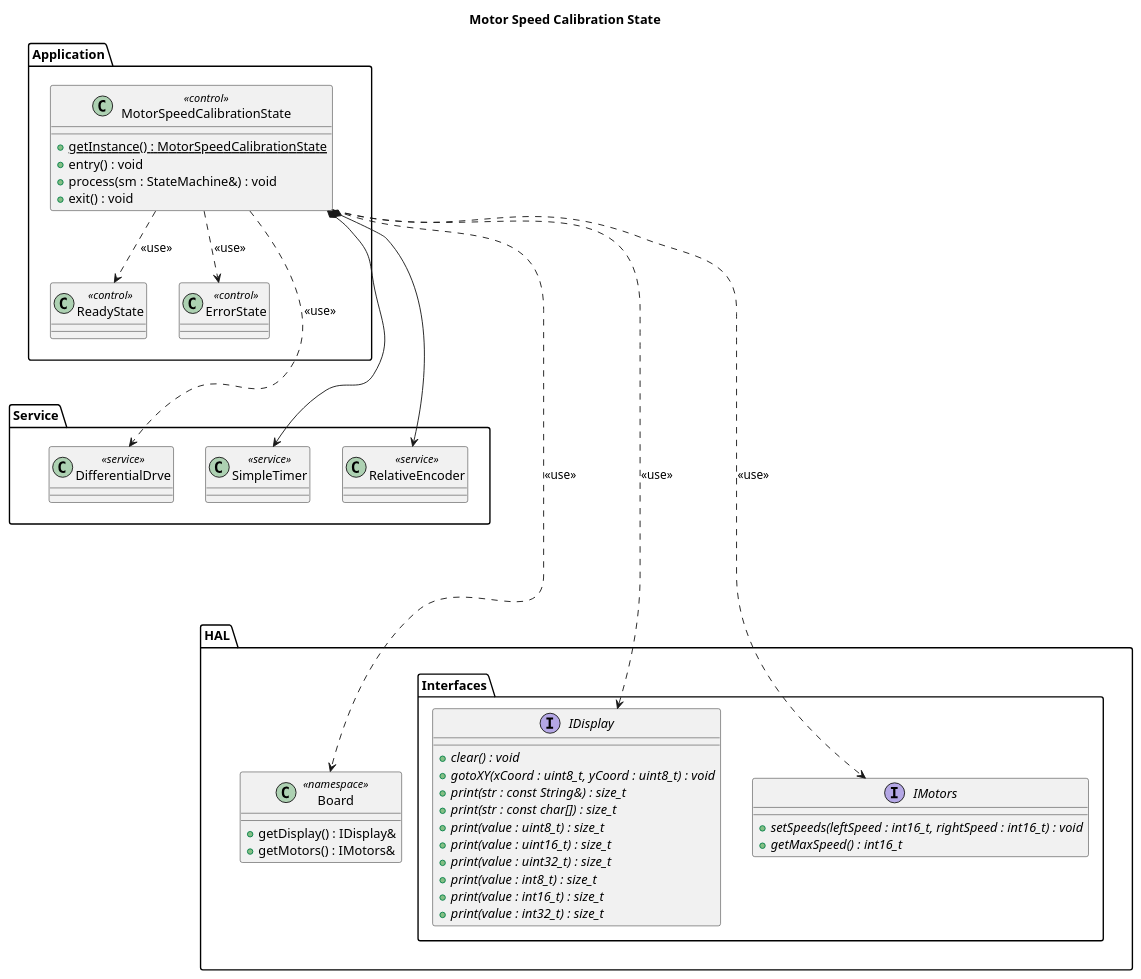
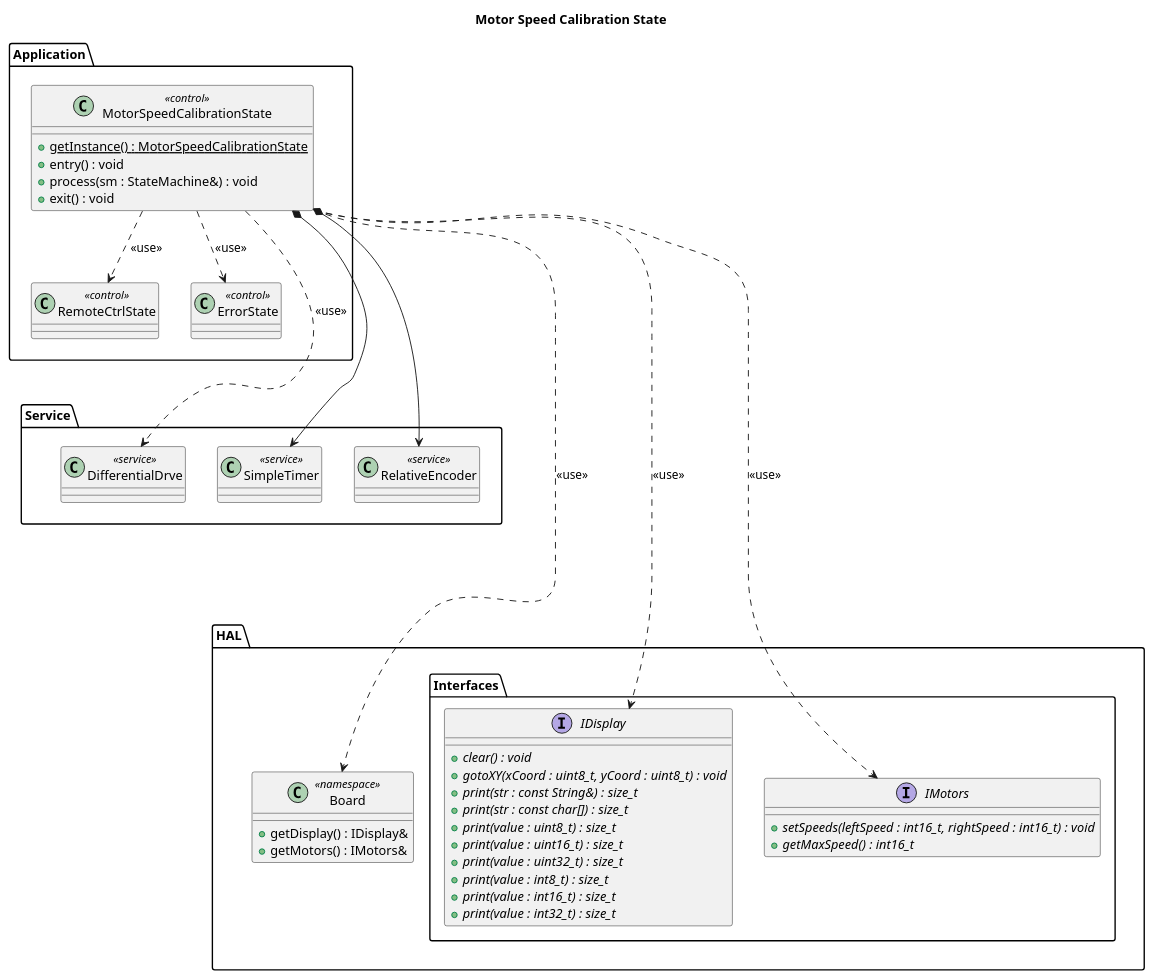
The diagram in doc/architecture/uml/LogicalView/RemoteControl/MotorSpeedCalibrationState.plantuml (BlueAndi/RadonUlzer), drawn with PlantUML before and after one commit. The commit also changed 11 other files, not shown here.

Commit message:
Remote control application architecture updated.

```diff
--- a/doc/architecture/uml/LogicalView/RemoteControl/MotorSpeedCalibrationState.plantuml
+++ b/doc/architecture/uml/LogicalView/RemoteControl/MotorSpeedCalibrationState.plantuml
@@ -1,67 +1,67 @@
 @startuml RemoteControl MotorSpeedCalibrationState
 
 title Motor Speed Calibration State
 
 package "Application" as appLayer {
 
     class MotorSpeedCalibrationState <<control>> {
         + {static} getInstance() : MotorSpeedCalibrationState
         + entry() : void
         + process(sm : StateMachine&) : void
         + exit() : void
     }
 
-    class ReadyState <<control>>
+    class RemoteCtrlState <<control>>
     class ErrorState <<control>>
 
-    MotorSpeedCalibrationState ..> ReadyState: <<use>>
+    MotorSpeedCalibrationState ..> RemoteCtrlState: <<use>>
     MotorSpeedCalibrationState ..> ErrorState: <<use>>
 }
 
 package "Service" as serviceLayer {
 
     class SimpleTimer <<service>>
     class RelativeEncoder <<service>>
     class DifferentialDrve <<service>>
 }
 
 package "HAL" as hal {
 
     package "Interfaces" as halInterfaces {
         interface IDisplay {
             + {abstract} clear() : void
             + {abstract} gotoXY(xCoord : uint8_t, yCoord : uint8_t) : void
             + {abstract} print(str : const String&) : size_t
             + {abstract} print(str : const char[]) : size_t
             + {abstract} print(value : uint8_t) : size_t
             + {abstract} print(value : uint16_t) : size_t
             + {abstract} print(value : uint32_t) : size_t
             + {abstract} print(value : int8_t) : size_t
             + {abstract} print(value : int16_t) : size_t
             + {abstract} print(value : int32_t) : size_t
         }
 
         interface IMotors {
             + {abstract} setSpeeds(leftSpeed : int16_t, rightSpeed : int16_t) : void
             + {abstract} getMaxSpeed() : int16_t
         }
 
     }
 
     class Board << namespace >> {
         + getDisplay() : IDisplay&
         + getMotors() : IMotors&
     }
 }
 
 appLayer -[hidden]-- serviceLayer
 serviceLayer -[hidden]-- hal
 
 MotorSpeedCalibrationState ....> IDisplay: <<use>>
 MotorSpeedCalibrationState ....> IMotors: <<use>>
 MotorSpeedCalibrationState ....> Board: <<use>>
 MotorSpeedCalibrationState *--> SimpleTimer
 MotorSpeedCalibrationState *--> RelativeEncoder
 MotorSpeedCalibrationState ...> DifferentialDrve: <<use>>
 
 @enduml
```
